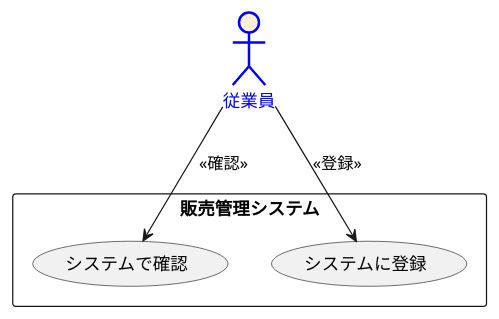
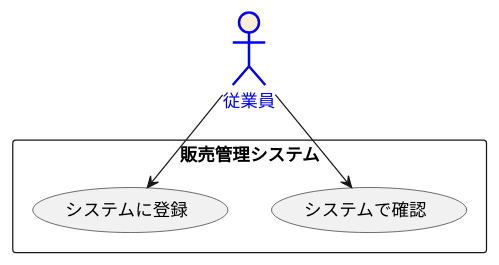
One commit to Skypeace8585/uml-introduction changed the diagram in 演習2-5_盛岡商事_販売管理システム.pu. Above: the diagram before and after it, drawn with PlantUML.

```diff
--- a/演習2-5_盛岡商事_販売管理システム.pu
+++ b/演習2-5_盛岡商事_販売管理システム.pu
@@ -1,10 +1,10 @@
 @startuml 販売管理システム
 actor 従業員 #PapayaWhip;line:blue;line.bold;text:blue
 rectangle 販売管理システム{
     
     usecase システムで確認
     usecase システムに登録
 }
-従業員-->システムで確認 :<<確認>>
-従業員-->システムに登録 :<<登録>>
+従業員-->システムで確認 
+従業員-->システムに登録 
 @enduml
```
